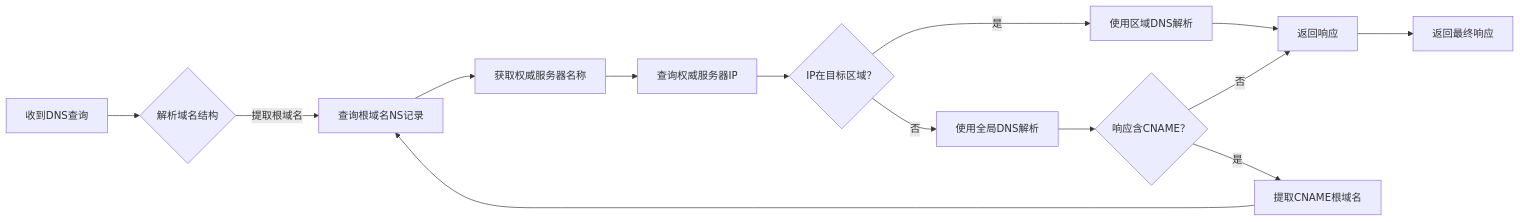
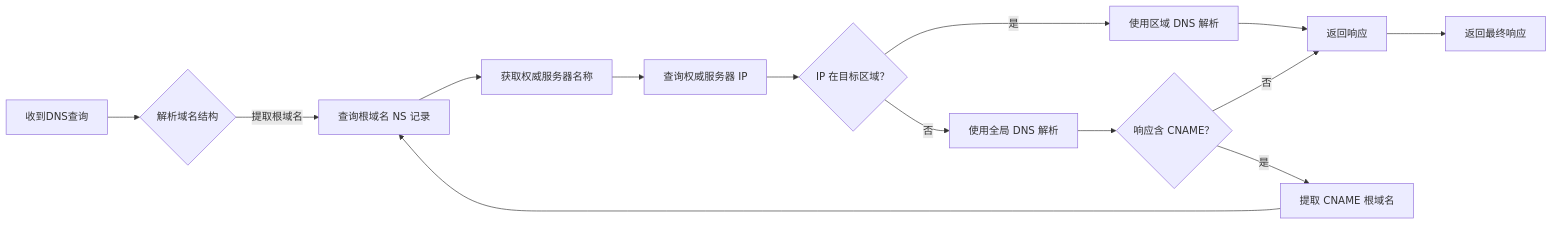
One commit to mili-tan/ArashiDNS.Nous changed the diagram in README.md. Above: the diagram before and after it, drawn with Mermaid. The commit also changed other lines of this file, not shown here.

````diff
--- a/README.md
+++ b/README.md
@@ -40,16 +40,16 @@
 ```mermaid
 graph LR
     A[收到DNS查询] --> B{解析域名结构}
-    B -->|提取根域名| C[查询根域名NS记录]
+    B -->|提取根域名| C[查询根域名 NS 记录]
     C --> D[获取权威服务器名称]
-    D --> E[查询权威服务器IP]
-    E --> F{IP在目标区域？}
-    F -->|是| G[使用区域DNS解析]
-    F -->|否| H[使用全局DNS解析]
-    H --> I{响应含CNAME？}
+    D --> E[查询权威服务器 IP]
+    E --> F{IP 在目标区域？}
+    F -->|是| G[使用区域 DNS 解析]
+    F -->|否| H[使用全局 DNS 解析]
+    H --> I{响应含 CNAME？}
     I -->|否| K[返回响应]
-    I -->|是| J[提取CNAME根域名]
+    I -->|是| J[提取 CNAME 根域名]
     J --> C
     G --> K
     K --> L[返回最终响应]
 ```
````
